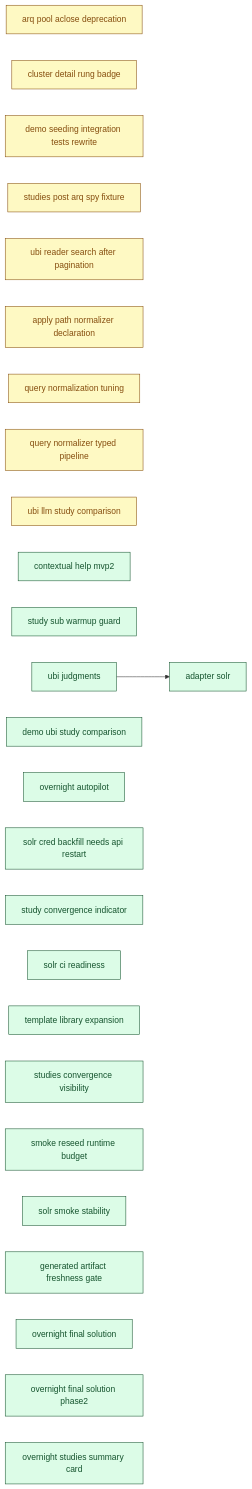
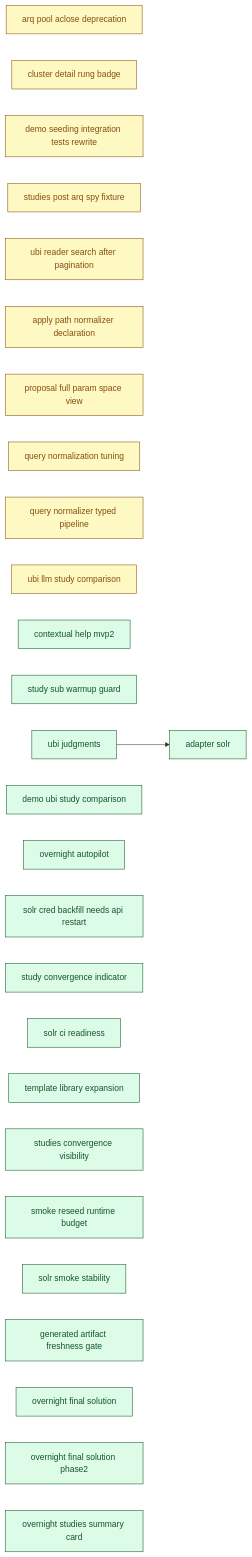
Before and after one commit to SoundMindsAI/relyloop: the diagram in docs/00_overview/MVP2_DASHBOARD.md, drawn with Mermaid. The commit also changed other lines of this file and 23 other files, not shown here.

First line of the commit message:
feat(proposals): full parameter-space panel on /proposals/[id] (feat_proposal_full_param_space_view) (#446)

````diff
--- a/docs/00_overview/MVP2_DASHBOARD.md
+++ b/docs/00_overview/MVP2_DASHBOARD.md
@@ -114,61 +114,63 @@
 ```mermaid
 graph LR
   classDef done fill:#dcfce7,stroke:#14532d,color:#14532d;
   classDef implement fill:#ffedd5,stroke:#9a3412,color:#9a3412;
   classDef plan fill:#fef9c3,stroke:#854d0e,color:#854d0e;
   classDef spec fill:#dbeafe,stroke:#1e40af,color:#1e40af;
   classDef idea fill:#f1f5f9,stroke:#334155,color:#334155;
   chore_arq_pool_aclose_deprecation["arq pool aclose deprecation"]
   class chore_arq_pool_aclose_deprecation plan;
   chore_cluster_detail_rung_badge["cluster detail rung badge"]
   class chore_cluster_detail_rung_badge plan;
   chore_demo_seeding_integration_tests_rewrite["demo seeding integration tests rewrite"]
   class chore_demo_seeding_integration_tests_rewrite plan;
   chore_studies_post_arq_spy_fixture["studies post arq spy fixture"]
   class chore_studies_post_arq_spy_fixture plan;
   chore_ubi_reader_search_after_pagination["ubi reader search after pagination"]
   class chore_ubi_reader_search_after_pagination plan;
   feat_apply_path_normalizer_declaration["apply path normalizer declaration"]
   class feat_apply_path_normalizer_declaration plan;
+  feat_proposal_full_param_space_view["proposal full param space view"]
+  class feat_proposal_full_param_space_view plan;
   feat_query_normalization_tuning["query normalization tuning"]
   class feat_query_normalization_tuning plan;
   feat_query_normalizer_typed_pipeline["query normalizer typed pipeline"]
   class feat_query_normalizer_typed_pipeline plan;
   feat_ubi_llm_study_comparison["ubi llm study comparison"]
   class feat_ubi_llm_study_comparison plan;
   feat_contextual_help_mvp2["contextual help mvp2"]
   class feat_contextual_help_mvp2 done;
   feat_study_sub_warmup_guard["study sub warmup guard"]
   class feat_study_sub_warmup_guard done;
   feat_ubi_judgments["ubi judgments"]
   class feat_ubi_judgments done;
   feat_demo_ubi_study_comparison["demo ubi study comparison"]
   class feat_demo_ubi_study_comparison done;
   feat_overnight_autopilot["overnight autopilot"]
   class feat_overnight_autopilot done;
   infra_adapter_solr["adapter solr"]
   class infra_adapter_solr done;
   chore_solr_cred_backfill_needs_api_restart["solr cred backfill needs api restart"]
   class chore_solr_cred_backfill_needs_api_restart done;
   feat_study_convergence_indicator["study convergence indicator"]
   class feat_study_convergence_indicator done;
   infra_solr_ci_readiness["solr ci readiness"]
   class infra_solr_ci_readiness done;
   chore_template_library_expansion["template library expansion"]
   class chore_template_library_expansion done;
   feat_studies_convergence_visibility["studies convergence visibility"]
   class feat_studies_convergence_visibility done;
   infra_smoke_reseed_runtime_budget["smoke reseed runtime budget"]
   class infra_smoke_reseed_runtime_budget done;
   infra_solr_smoke_stability["solr smoke stability"]
   class infra_solr_smoke_stability done;
   infra_generated_artifact_freshness_gate["generated artifact freshness gate"]
   class infra_generated_artifact_freshness_gate done;
   feat_overnight_final_solution["overnight final solution"]
   class feat_overnight_final_solution done;
   feat_overnight_final_solution_phase2["overnight final solution phase2"]
   class feat_overnight_final_solution_phase2 done;
   feat_overnight_studies_summary_card["overnight studies summary card"]
   class feat_overnight_studies_summary_card done;
   feat_ubi_judgments --> infra_adapter_solr
 ```
````
